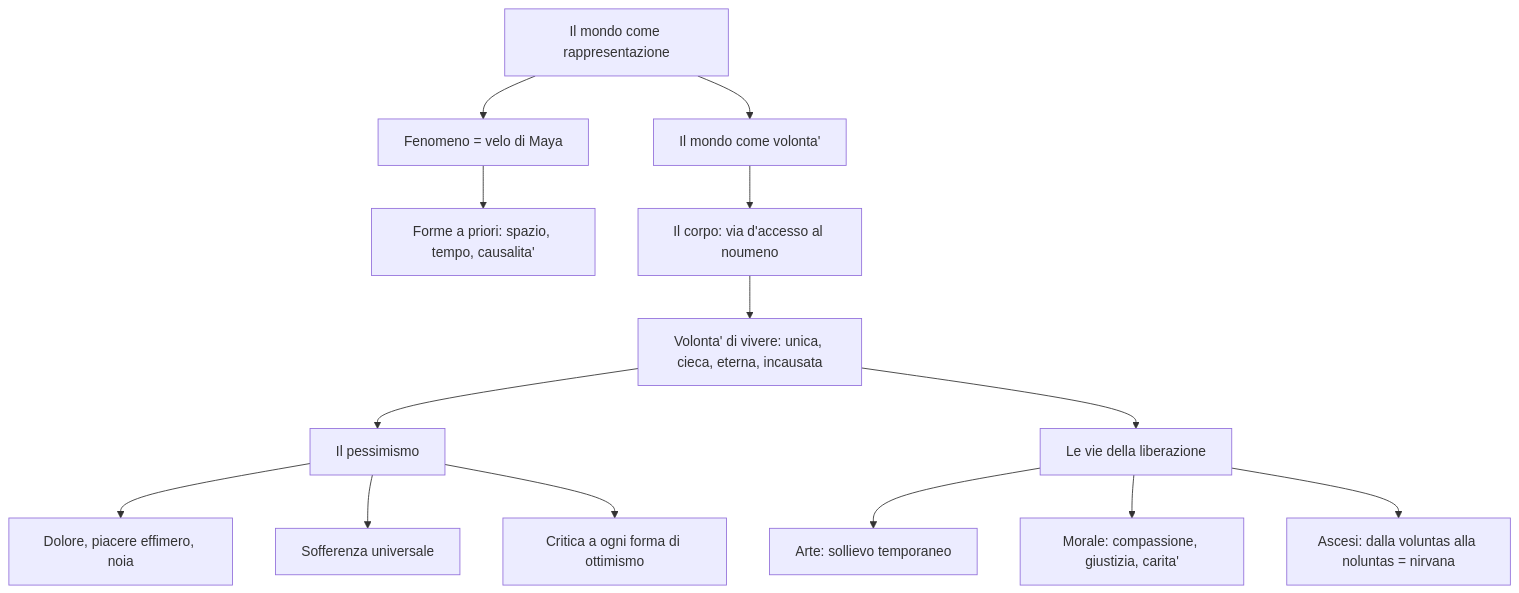
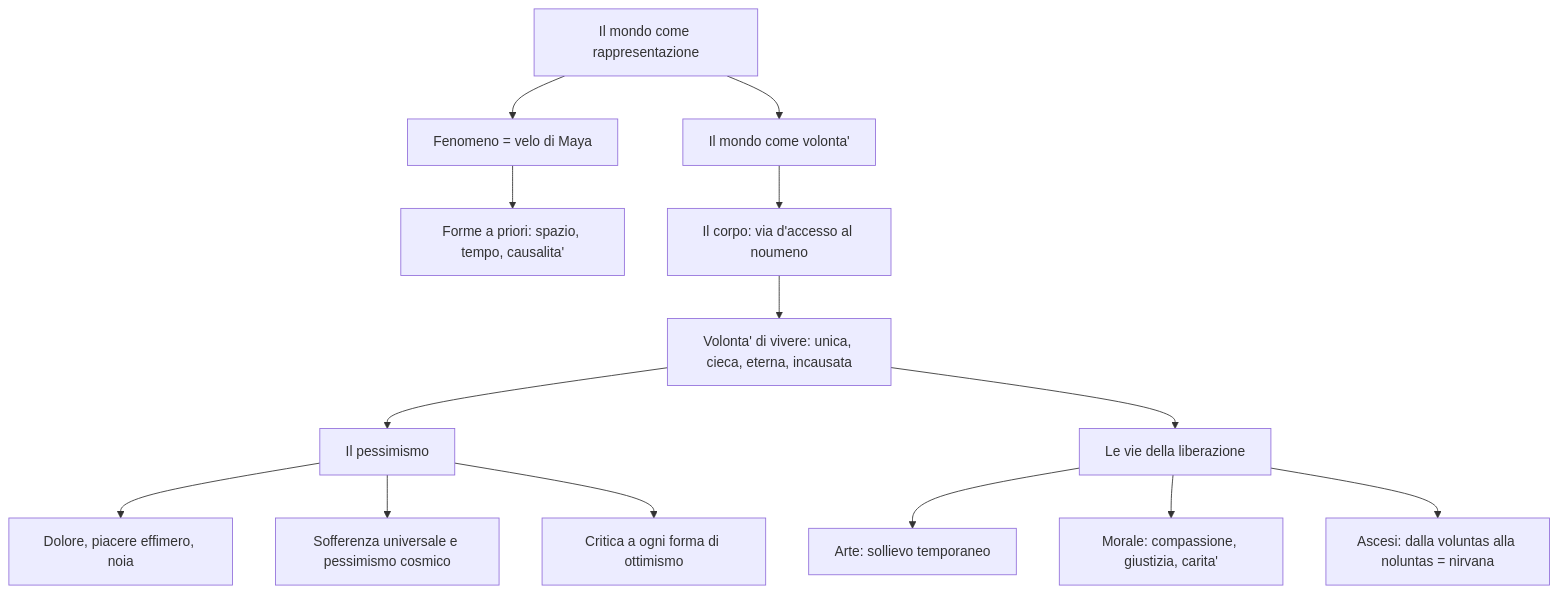
Before and after one commit to nadiadba/nadia-secondbrain: the diagram in docs/filosofia/ottocento/schopenhauer.md, drawn with Mermaid. The commit also changed other lines of this file, not shown here.

````diff
--- a/docs/filosofia/ottocento/schopenhauer.md
+++ b/docs/filosofia/ottocento/schopenhauer.md
@@ -218,16 +77,16 @@
 ```mermaid
 flowchart TD
     A["Il mondo come rappresentazione"] --> B["Fenomeno = velo di Maya"]
     B --> C["Forme a priori: spazio, tempo, causalita'"]
     A --> D["Il mondo come volonta'"]
     D --> E["Il corpo: via d'accesso al noumeno"]
     E --> F["Volonta' di vivere: unica, cieca, eterna, incausata"]
     F --> G["Il pessimismo"]
     G --> H["Dolore, piacere effimero, noia"]
-    G --> I["Sofferenza universale"]
+    G --> I["Sofferenza universale e pessimismo cosmico"]
     G --> J["Critica a ogni forma di ottimismo"]
     F --> K["Le vie della liberazione"]
     K --> L["Arte: sollievo temporaneo"]
     K --> M["Morale: compassione, giustizia, carita'"]
     K --> N["Ascesi: dalla voluntas alla noluntas = nirvana"]
 ```
````
